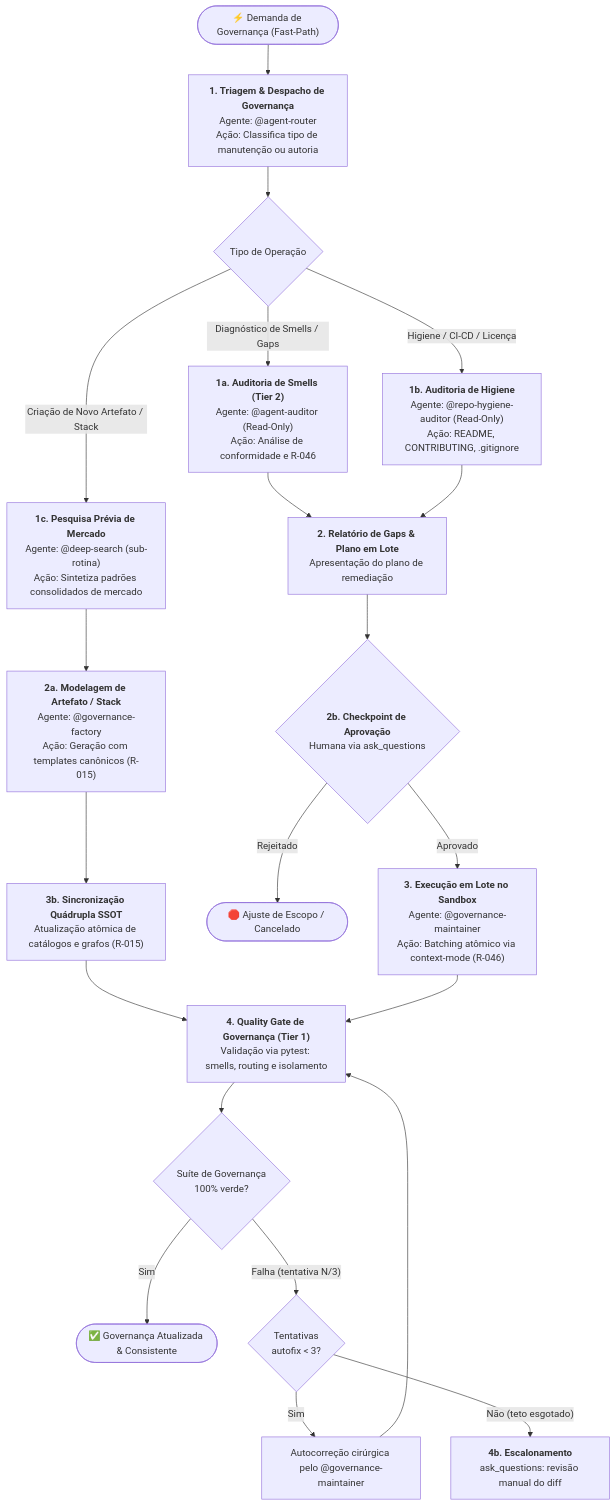
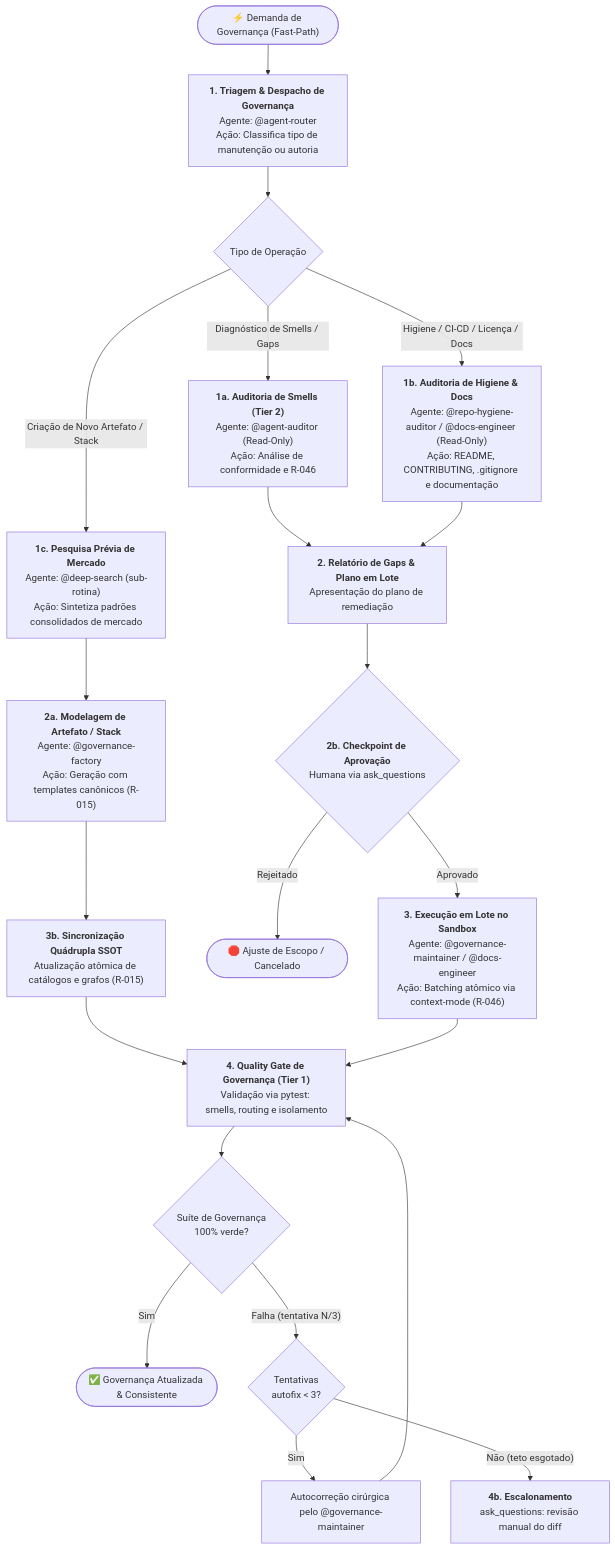
One commit to jezreel8858/deep-agents-copilot changed the seventh of 12 diagrams in .github/agents/workflows.md. Above: the diagram before and after it, drawn with Mermaid. The commit also changed other lines of this file and 1 other file, not shown here.

First line of the commit message:
feat(governance): integra agentes em workflows e blinda rastreabilidade

````diff
--- a/.github/agents/workflows.md
+++ b/.github/agents/workflows.md
@@ -606,30 +611,30 @@
 ```mermaid
 flowchart TD
     ReqGov(["⚡ Demanda de Governança (Fast-Path)"]) --> RouterGov["<b>1. Triagem & Despacho de Governança</b><br/>Agente: @agent-router<br/>Ação: Classifica tipo de manutenção ou autoria"]
 
     RouterGov --> GovCheck{"Tipo de Operação"}
 
     GovCheck -- "Diagnóstico de Smells / Gaps" --> Auditor["<b>1a. Auditoria de Smells (Tier 2)</b><br/>Agente: @agent-auditor (Read-Only)<br/>Ação: Análise de conformidade e R-046"]
-    GovCheck -- "Higiene / CI-CD / Licença" --> Hygiene["<b>1b. Auditoria de Higiene</b><br/>Agente: @repo-hygiene-auditor (Read-Only)<br/>Ação: README, CONTRIBUTING, .gitignore"]
+    GovCheck -- "Higiene / CI-CD / Licença / Docs" --> Hygiene["<b>1b. Auditoria de Higiene & Docs</b><br/>Agente: @repo-hygiene-auditor / @docs-engineer (Read-Only)<br/>Ação: README, CONTRIBUTING, .gitignore e documentação"]
     GovCheck -- "Criação de Novo Artefato / Stack" --> PreSearch["<b>1c. Pesquisa Prévia de Mercado</b><br/>Agente: @deep-search (sub-rotina)<br/>Ação: Sintetiza padrões consolidados de mercado"]
 
     PreSearch --> Factory["<b>2a. Modelagem de Artefato / Stack</b><br/>Agente: @governance-factory<br/>Ação: Geração com templates canônicos (R-015)"]
 
     Auditor & Hygiene --> PlanReport["<b>2. Relatório de Gaps & Plano em Lote</b><br/>Apresentação do plano de remediação"]
 
     PlanReport --> HumanGate{"<b>2b. Checkpoint de Aprovação</b><br/>Humana via ask_questions"}
 
-    HumanGate -- "Aprovado" --> Maintainer["<b>3. Execução em Lote no Sandbox</b><br/>Agente: @governance-maintainer<br/>Ação: Batching atômico via context-mode (R-046)"]
+    HumanGate -- "Aprovado" --> Maintainer["<b>3. Execução em Lote no Sandbox</b><br/>Agente: @governance-maintainer / @docs-engineer<br/>Ação: Batching atômico via context-mode (R-046)"]
     HumanGate -- "Rejeitado" --> EndCancel(["🛑 Ajuste de Escopo / Cancelado"])
 
     Factory --> MaintainerSync["<b>3b. Sincronização Quádrupla SSOT</b><br/>Atualização atômica de catálogos e grafos (R-015)"]
     MaintainerSync --> GateGov["<b>4. Quality Gate de Governança (Tier 1)</b><br/>Validação via pytest: smells, routing e isolamento"]
     Maintainer --> GateGov
 
     GateGov --> CheckGov{"Suíte de Governança<br/>100% verde?"}
     CheckGov -- "Sim" --> EndDone(["✅ Governança Atualizada & Consistente"])
     CheckGov -- "Falha (tentativa N/3)" --> CheckAutoFixCap{"Tentativas<br/>autofix < 3?"}
     CheckAutoFixCap -- "Sim" --> AutoFix["Autocorreção cirúrgica pelo @governance-maintainer"]
     AutoFix --> GateGov
     CheckAutoFixCap -- "Não (teto esgotado)" --> GovEscalate["<b>4b. Escalonamento</b><br/>ask_questions: revisão manual do diff"]
 ```
````
